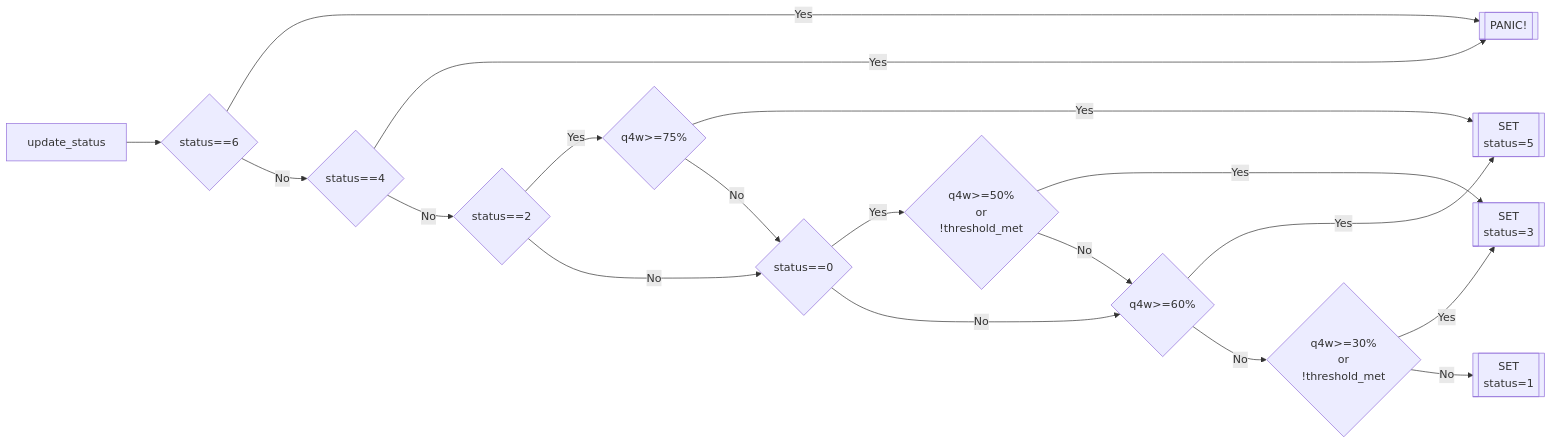
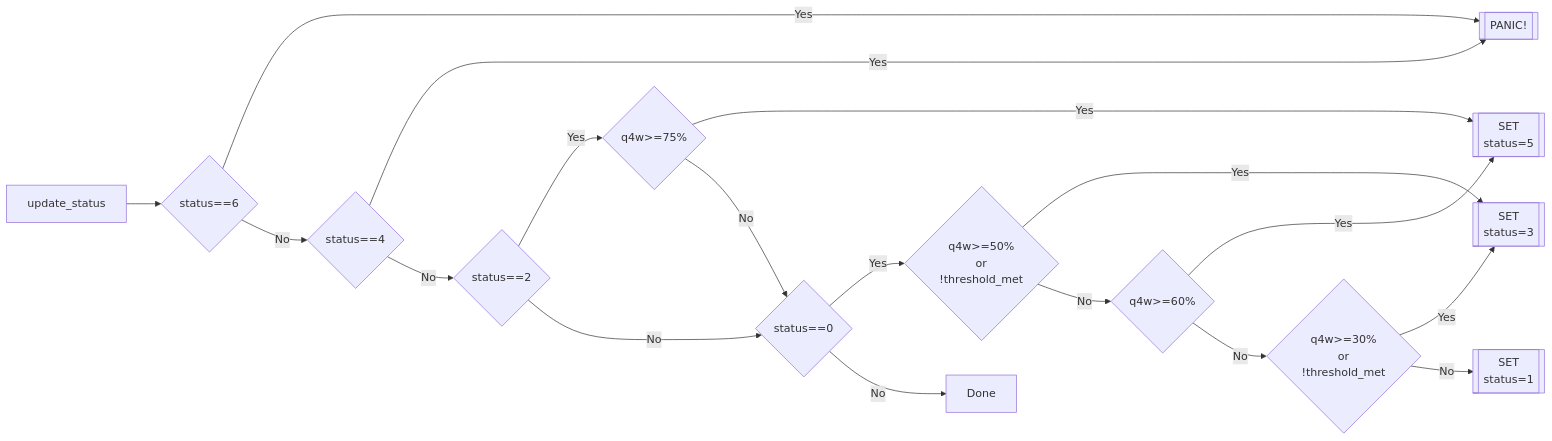
Before and after one commit to blend-capital/docs-v2: the first of 2 diagrams in tech-docs/core-contracts/lending-pool/pool-management.md, drawn with Mermaid. The commit also changed other lines of this file and 6 other files, not shown here.

````diff
--- a/tech-docs/core-contracts/lending-pool/pool-management.md
+++ b/tech-docs/core-contracts/lending-pool/pool-management.md
@@ -22,27 +22,27 @@
 ```mermaid
 flowchart LR
     A[update_status] --> B{status==6}
     B --------->|Yes| C[[PANIC!]]
     B -->|No| D{status==4}
     D -->|Yes| C
     D -->|No| E{status==2}
     E -->|Yes| F{q4w>=75%}
     F ------>|Yes| G[["SET
     status=5"]]
     E -->|No| H{status==0}
     F -->|No| H
     H -->|Yes| I{"q4w>=50%
     or
     !threshold_met"}
     I -->|Yes| J[["SET
     status=3"]]
     I -->|No| K{q4w>=60%}
-    H -->|No| K
+    H -->|No| Done
     K -->|Yes| G
     K -->|No| L{"q4w>=30%
     or
     !threshold_met"}
     L -->|Yes| J
     L -->|No| M[["SET
     status=1"]]
 ```
````
